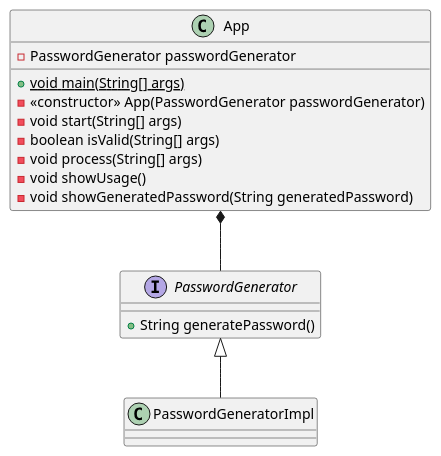
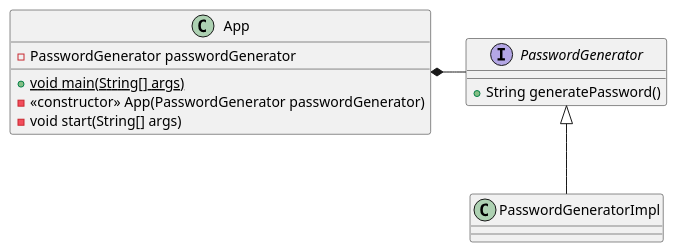
One commit to djvelimir/demo-java-cli changed the diagram in diagrams/Class.puml. Above: the diagram before and after it, drawn with PlantUML.

Commit message:
Change class diagram

```diff
--- a/diagrams/Class.puml
+++ b/diagrams/Class.puml
@@ -1,25 +1,20 @@
 @startuml
 'https://plantuml.com/class-diagram
 
 class App {
-- PasswordGenerator passwordGenerator
-
-+ {static} void main(String[] args)
-- <<constructor>> App(PasswordGenerator passwordGenerator)
-- void start(String[] args)
-- boolean isValid(String[] args)
-- void process(String[] args)
-- void showUsage()
-- void showGeneratedPassword(String generatedPassword)
+    - PasswordGenerator passwordGenerator
+    + {static} void main(String[] args)
+    - <<constructor>> App(PasswordGenerator passwordGenerator)
+    - void start(String[] args)
 }
 
 interface PasswordGenerator {
     +String generatePassword()
 }
 
 class PasswordGeneratorImpl {
 }
 
 PasswordGenerator <|-- PasswordGeneratorImpl
-App *-- PasswordGenerator
+App *--r PasswordGenerator
 @enduml
```
